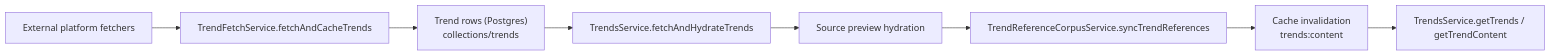
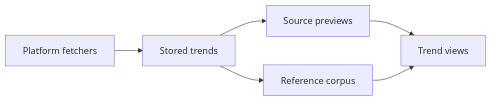
One commit to genfeedai/genfeed.ai changed the diagram in apps/docs/content/core-loop/trend-ingestion.mdx. Above: the diagram before and after it, drawn with Mermaid. The commit also changed other lines of this file and 6 other files, not shown here.

First line of the commit message:
docs: trim the core-loop diagrams and code-path breadcrumbs

````diff
--- a/apps/docs/content/core-loop/trend-ingestion.mdx
+++ b/apps/docs/content/core-loop/trend-ingestion.mdx
@@ -165,10 +45,8 @@
 ```mermaid
 flowchart LR
-  A["External platform fetchers"] --> B["TrendFetchService.fetchAndCacheTrends"]
-  B --> C["Trend rows (Postgres)\ncollections/trends"]
-  C --> D["TrendsService.fetchAndHydrateTrends"]
-  D --> E["Source preview hydration"]
-  E --> F["TrendReferenceCorpusService.syncTrendReferences"]
-  F --> G["Cache invalidation\ntrends:content"]
-  G --> H["TrendsService.getTrends / getTrendContent"]
+  A["Platform fetchers"] --> B["Stored trends"]
+  B --> C["Source previews"]
+  B --> D["Reference corpus"]
+  C --> E["Trend views"]
+  D --> E
 ```
````
